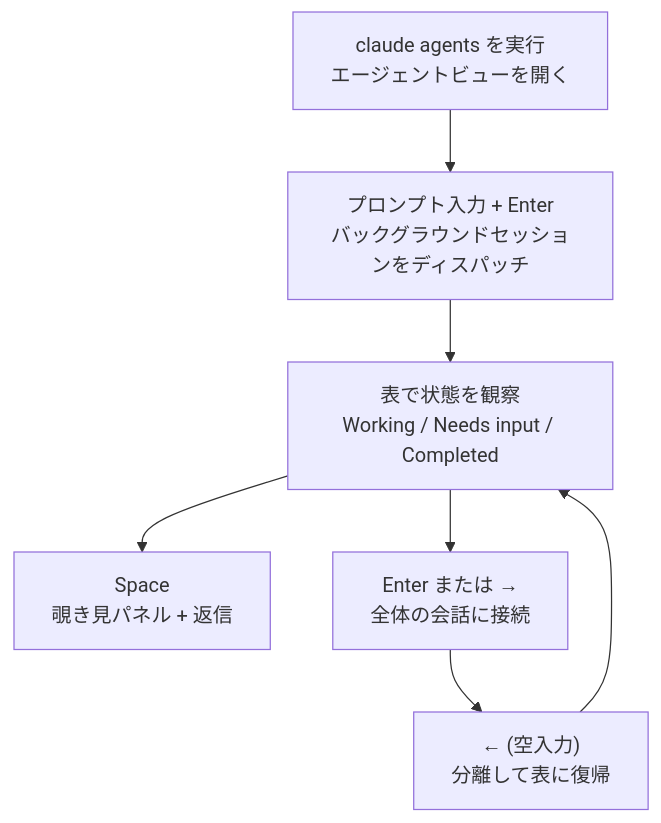
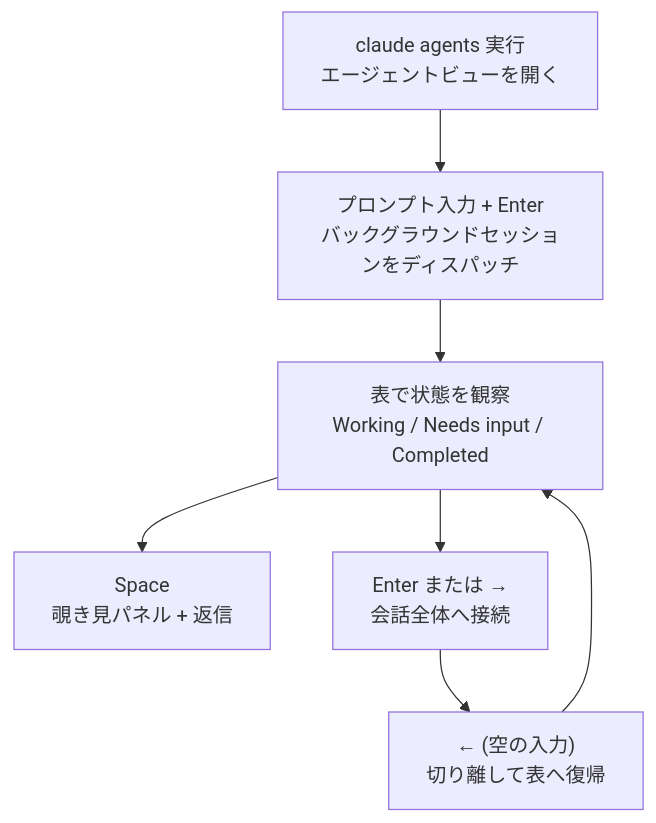
The diagram in docs-site/content/ja/claude-code/agentic/agent-view.md (modu-ai/moai-adk), drawn with Mermaid before and after one commit. The commit also changed other lines of this file and 395 other files, not shown here.

````diff
--- a/docs-site/content/ja/claude-code/agentic/agent-view.md
+++ b/docs-site/content/ja/claude-code/agentic/agent-view.md
@@ -94,9 +94,9 @@
 ```mermaid
 flowchart TD
-    A["claude agents を実行<br/>エージェントビューを開く"] --> B["プロンプト入力 + Enter<br/>バックグラウンドセッションをディスパッチ"]
+    A["claude agents 実行<br/>エージェントビューを開く"] --> B["プロンプト入力 + Enter<br/>バックグラウンドセッションをディスパッチ"]
     B --> C["表で状態を観察<br/>Working / Needs input / Completed"]
     C --> D["Space<br/>覗き見パネル + 返信"]
-    C --> E["Enter または →<br/>全体の会話に接続"]
-    E --> F["← (空入力)<br/>分離して表に復帰"]
+    C --> E["Enter または →<br/>会話全体へ接続"]
+    E --> F["← (空の入力)<br/>切り離して表へ復帰"]
     F --> C
 ```
````
